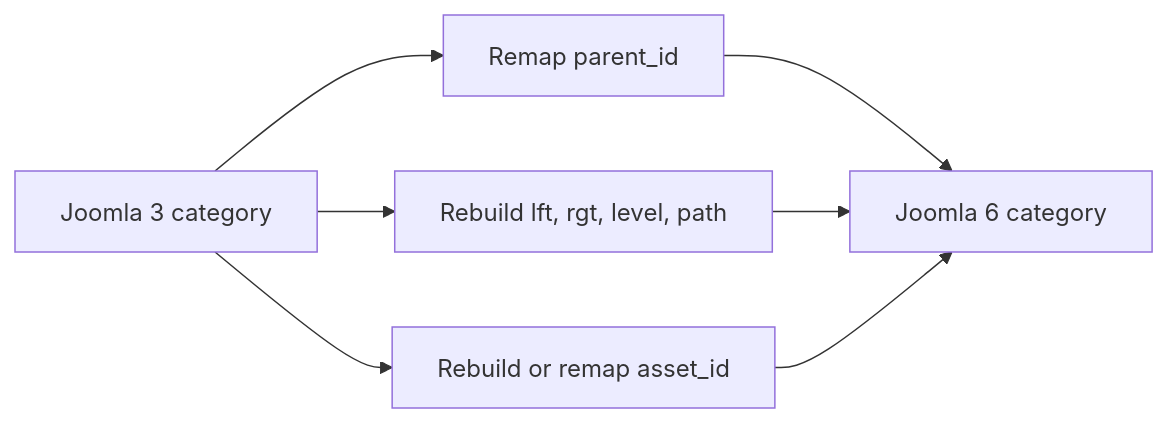
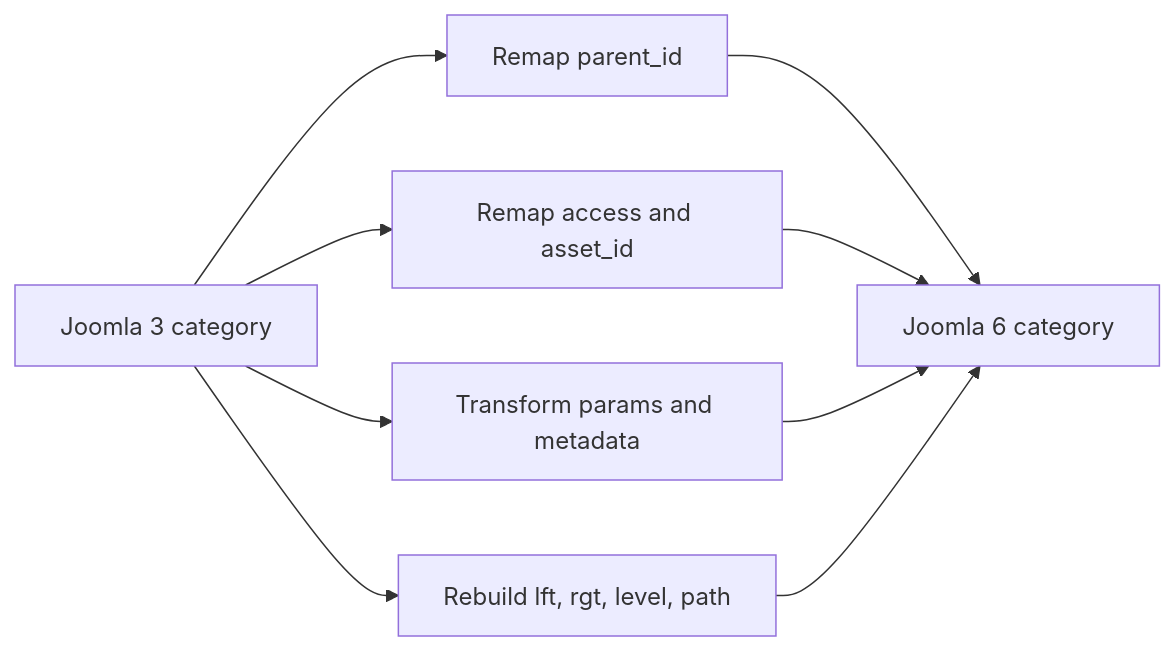
The sixth of 21 diagrams in docs/joomla/learning/database/joomla3-vs-joomla6-erd-gap-diagrams.md (duyduyly/php-notebook), drawn with Mermaid before and after one commit. The commit also changed other lines of this file, not shown here.

Commit message:
docs: improve Joomla 3 vs Joomla 6 ERD gap diagrams

````diff
--- a/docs/joomla/learning/database/joomla3-vs-joomla6-erd-gap-diagrams.md
+++ b/docs/joomla/learning/database/joomla3-vs-joomla6-erd-gap-diagrams.md
@@ -213,12 +258,13 @@
 ```mermaid
 flowchart LR
     J3CAT["Joomla 3 category"]
-    PARENT["Remap parent_id"]
-    TREE["Rebuild lft, rgt, level, path"]
-    ASSET["Rebuild or remap asset_id"]
-    J6CAT["Joomla 6 category"]
+    J3CAT --> PARENT["Remap parent_id"]
+    J3CAT --> ACCESS["Remap access and asset_id"]
+    J3CAT --> PARAMS["Transform params and metadata"]
+    J3CAT --> TREE["Rebuild lft, rgt, level, path"]
 
-    J3CAT --> PARENT --> J6CAT
-    J3CAT --> TREE --> J6CAT
-    J3CAT --> ASSET --> J6CAT
+    PARENT --> J6CAT["Joomla 6 category"]
+    ACCESS --> J6CAT
+    PARAMS --> J6CAT
+    TREE --> J6CAT
 ```
````
